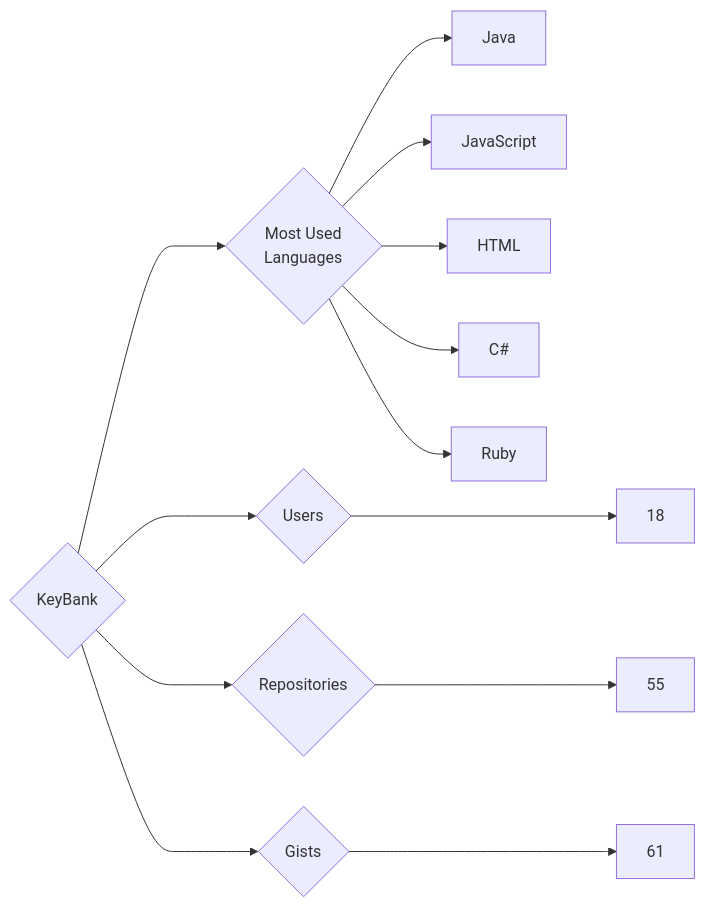
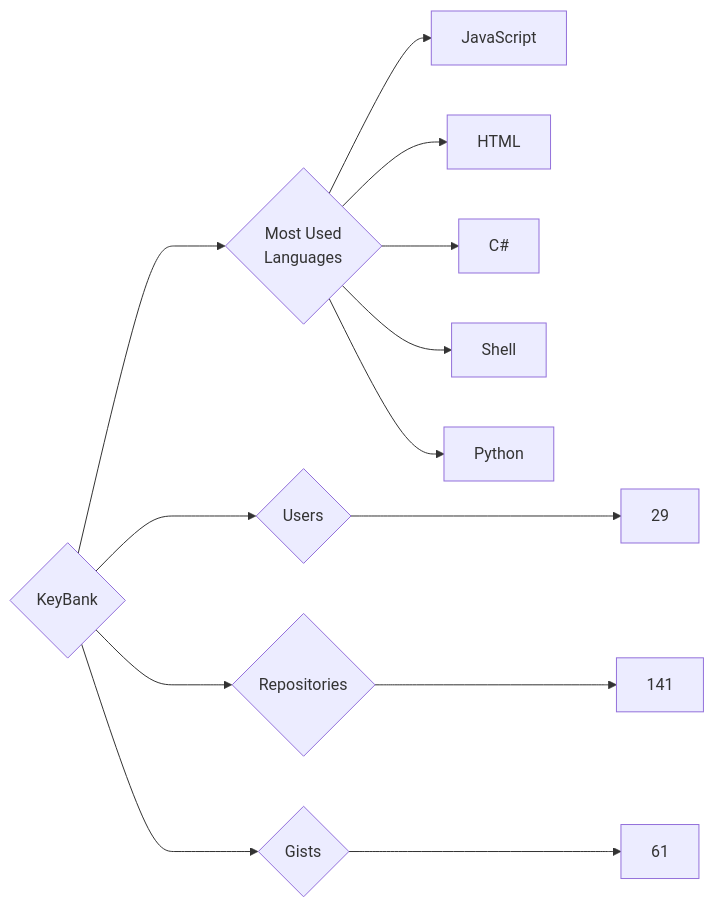
The diagram in targets/KeyBank/README.md (trickest/insiders), drawn with Mermaid before and after one commit. The commit also changed 714 other files, not shown here.

````diff
--- a/targets/KeyBank/README.md
+++ b/targets/KeyBank/README.md
@@ -3,13 +3,13 @@
 ```mermaid
 graph LR
 COMPANY_NAME{KeyBank}
-COMPANY_NAME ---> U{Users} ---> UN[18]
-COMPANY_NAME ---> R{Repositories} ---> RN[55]
+COMPANY_NAME ---> U{Users} ---> UN[29]
+COMPANY_NAME ---> R{Repositories} ---> RN[141]
 COMPANY_NAME ---> G{Gists} ---> GN[61]
 COMPANY_NAME ---> ML{Most Used<br>Languages}
-ML --> Java[Java]
 ML --> JavaScript[JavaScript]
 ML --> HTML[HTML]
 ML --> C#[C#]
-ML --> Ruby[Ruby]
+ML --> Shell[Shell]
+ML --> Python[Python]
 ```
````
